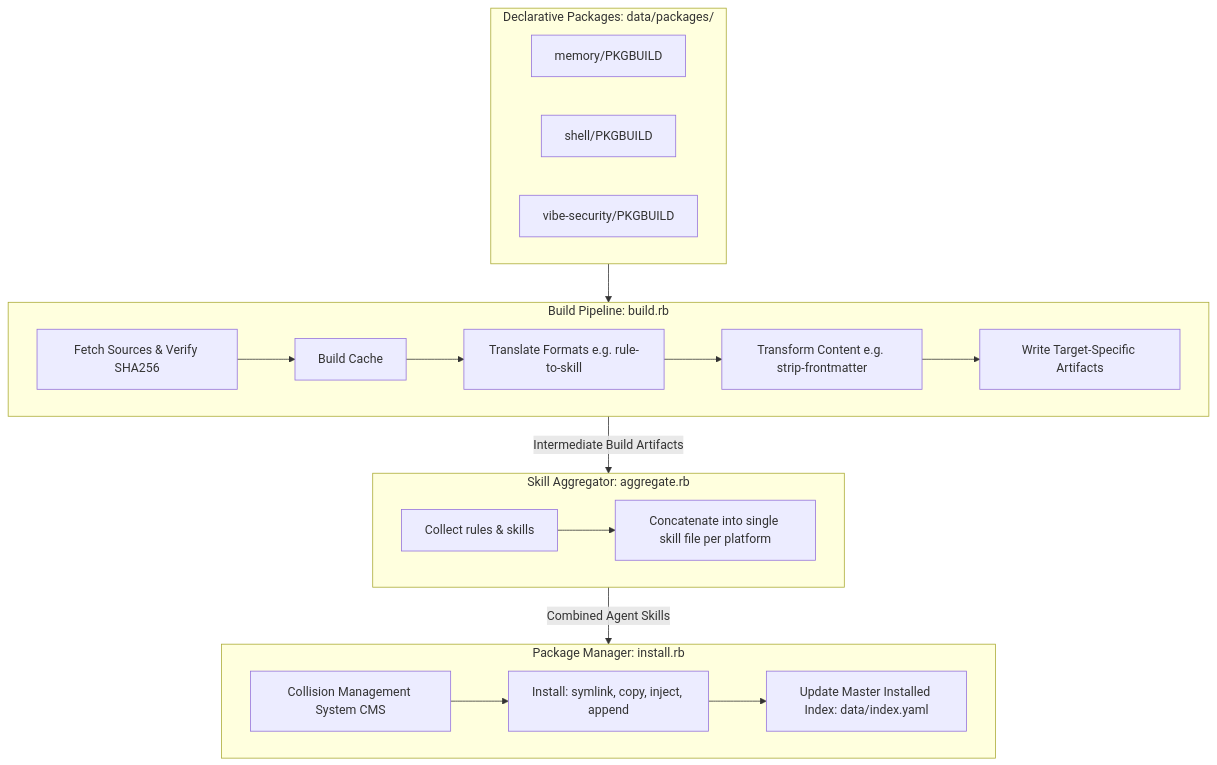
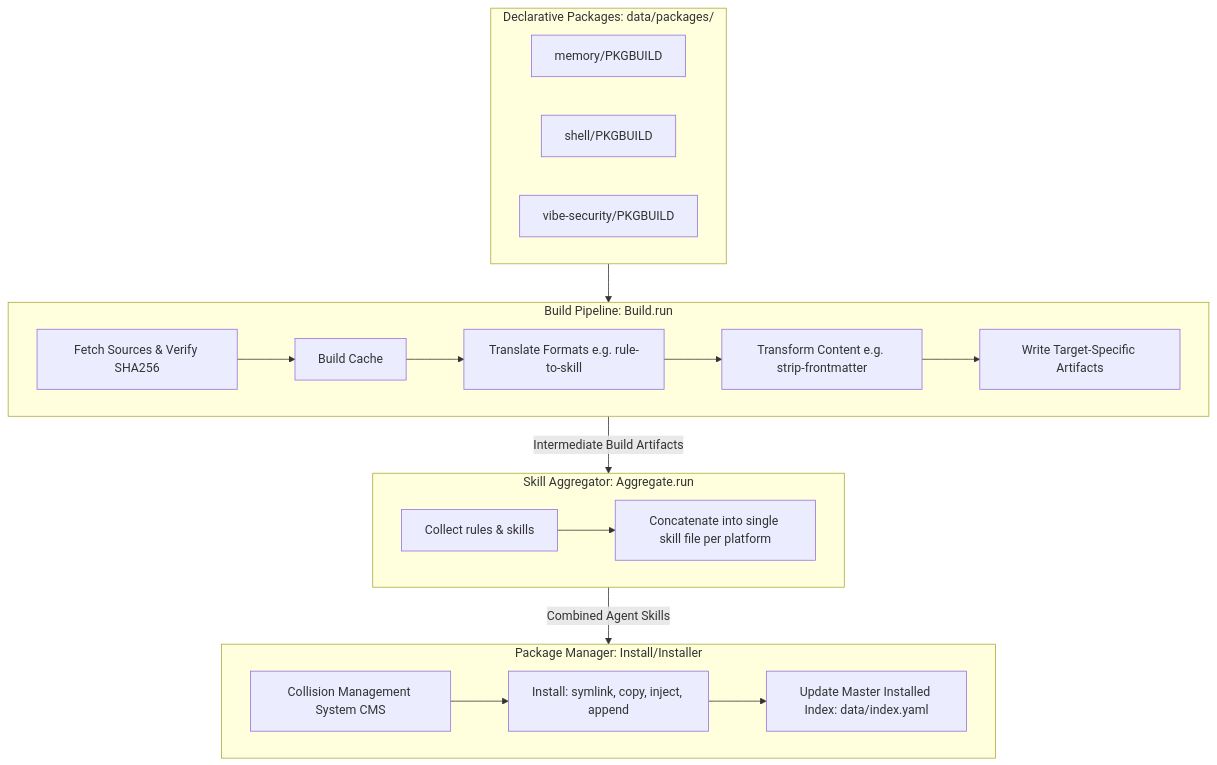
Before and after one commit to ozgurulukir/agent-rule-sync: the diagram in AGENTS.md, drawn with Mermaid. The commit also changed other lines of this file and 3 other files, not shown here.

Commit message:
docs: update README and developer guides with new architecture details

````diff
--- a/AGENTS.md
+++ b/AGENTS.md
@@ -30,28 +30,28 @@
 ```mermaid
 graph TD
     subgraph PKG [Declarative Packages: data/packages/]
         M[memory/PKGBUILD]
         S[shell/PKGBUILD]
         V[vibe-security/PKGBUILD]
     end
 
-    subgraph BLD [Build Pipeline: build.rb]
+    subgraph BLD [Build Pipeline: Build.run]
         F[Fetch Sources & Verify SHA256] --> C[Build Cache]
         C --> TL[Translate Formats e.g. rule-to-skill]
         TL --> TR[Transform Content e.g. strip-frontmatter]
         TR --> W[Write Target-Specific Artifacts]
     end
 
-    subgraph AGG [Skill Aggregator: aggregate.rb]
+    subgraph AGG [Skill Aggregator: Aggregate.run]
         SA[Collect rules & skills] --> CA[Concatenate into single skill file per platform]
     end
 
-    subgraph INST [Package Manager: install.rb]
+    subgraph INST [Package Manager: Install/Installer]
         CMS[Collision Management System CMS] --> INS[Install: symlink, copy, inject, append]
         INS --> IDX[Update Master Installed Index: data/index.yaml]
     end
 
     PKG --> BLD
     BLD -->|Intermediate Build Artifacts| AGG
     AGG -->|Combined Agent Skills| INST
 ```
````
